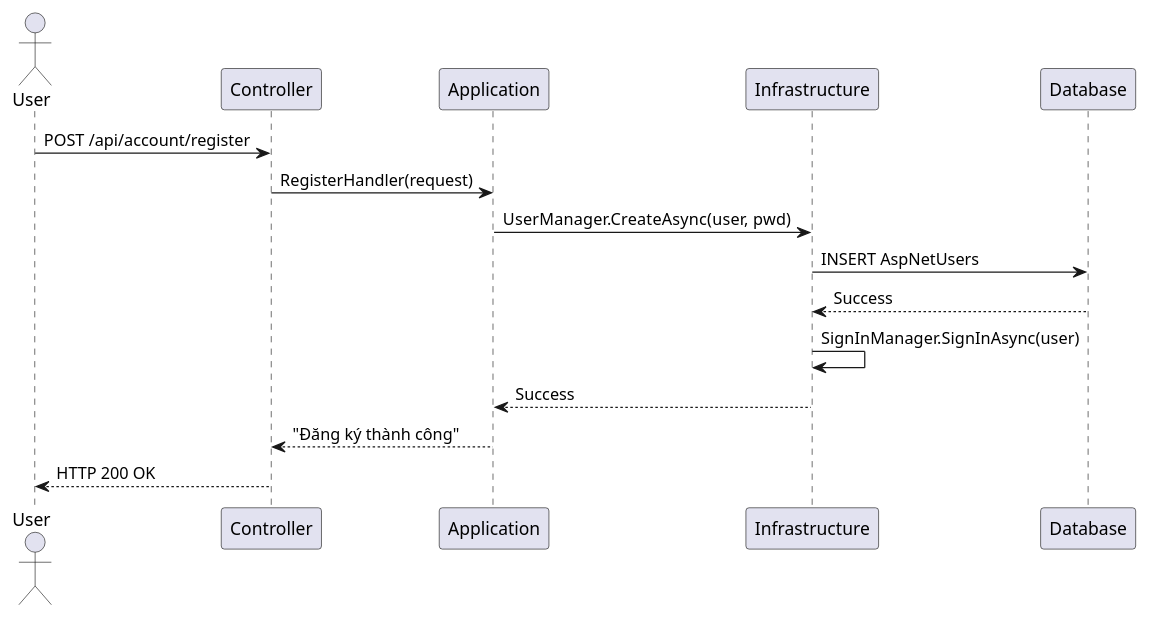
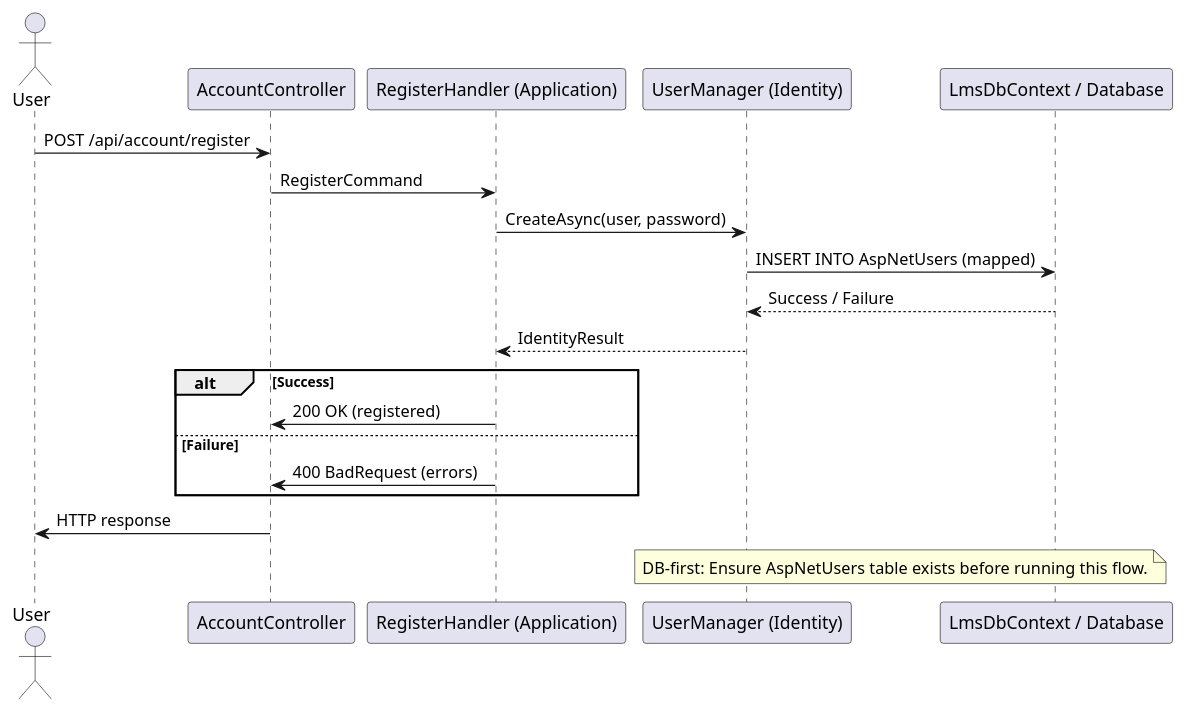
The second of 5 diagrams in LmsMini.Api/docs/identity/Identity_Step_by_Step.md (SokKimThanh/LmsMini), drawn with PlantUML before and after one commit. The commit also changed other lines of this file and 1 other file, not shown here.

````diff
--- a/LmsMini.Api/docs/identity/Identity_Step_by_Step.md
+++ b/LmsMini.Api/docs/identity/Identity_Step_by_Step.md
@@ -271,14 +241,26 @@
 ```plantuml
 @startuml
 actor User
+participant Controller as "AccountController"
+participant App as "RegisterHandler (Application)"
+participant UM as "UserManager (Identity)"
+participant DB as "LmsDbContext / Database"
+
 User -> Controller : POST /api/account/register
-Controller -> Application : RegisterHandler(request)
-Application -> Infrastructure : UserManager.CreateAsync(user, pwd)
-Infrastructure -> Database : INSERT AspNetUsers
-Database --> Infrastructure : Success
-Infrastructure -> Infrastructure : SignInManager.SignInAsync(user)
-Infrastructure --> Application : Success
-Application --> Controller : "Đăng ký thành công"
-Controller --> User : HTTP 200 OK
+Controller -> App : RegisterCommand
+App -> UM : CreateAsync(user, password)
+UM -> DB : INSERT INTO AspNetUsers (mapped)
+DB --> UM : Success / Failure
+UM --> App : IdentityResult
+alt Success
+  App -> Controller : 200 OK (registered)
+else Failure
+  App -> Controller : 400 BadRequest (errors)
+end
+Controller -> User : HTTP response
+
+note over UM,DB
+  DB-first: Ensure AspNetUsers table exists before running this flow.
+end note
 @enduml
 ```
````
